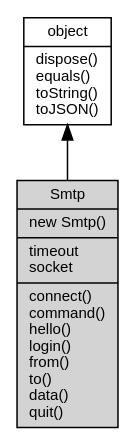
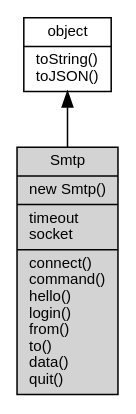
The diagram in docs/object/ifs/Smtp.md (asionius/fibjs-ceph), drawn with Graphviz before and after one commit. The commit also changed other lines of this file and 138 other files, not shown here.

````diff
--- a/docs/object/ifs/Smtp.md
+++ b/docs/object/ifs/Smtp.md
@@ -5,10 +5,10 @@
 ```dot
 digraph {
     node [fontname="Helvetica,sans-Serif", fontsize=10, shape="record", style="filled", fillcolor="white"];
 
-    object [tooltip="object", URL="object.md", label="{object|dispose()\lequals()\ltoString()\ltoJSON()\l}"];
-    Smtp [tooltip="Smtp", fillcolor="lightgray", label="{Smtp|new Smtp()\l|timeout\lsocket\l|connect()\lcommand()\lhello()\llogin()\lfrom()\lto()\ldata()\lquit()\l}"];
+    object [tooltip="object", URL="object.md", label="{object|toString()\ltoJSON()\l}"];
+    Smtp [tooltip="Smtp", fillcolor="lightgray", id="me", label="{Smtp|new Smtp()\l|timeout\lsocket\l|connect()\lcommand()\lhello()\llogin()\lfrom()\lto()\ldata()\lquit()\l}"];
 
     object -> Smtp [dir=back];
 }
 ```
````
